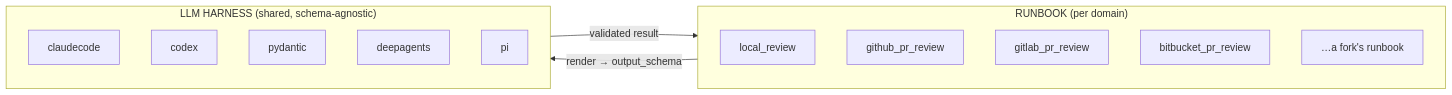
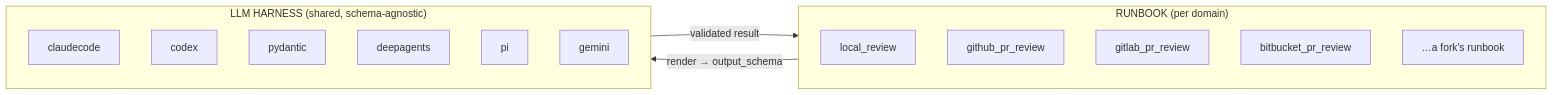
One commit to mishachepi/junior changed the first of 2 diagrams in docs-site/src/content/docs/architecture.md. Above: the diagram before and after it, drawn with Mermaid. The commit also changed other lines of this file and 14 other files, not shown here.

````diff
--- a/docs-site/src/content/docs/architecture.md
+++ b/docs-site/src/content/docs/architecture.md
@@ -17,23 +17,24 @@
 ```mermaid
 flowchart LR
     subgraph A1["RUNBOOK (per domain)"]
         direction TB
         P1["local_review"]
         P2["github_pr_review"]
         P3["gitlab_pr_review"]
         P4["bitbucket_pr_review"]
         P5["…a fork's runbook"]
     end
 
     subgraph A2["LLM HARNESS (shared, schema-agnostic)"]
         direction TB
         E1["claudecode"]
         E2["codex"]
         E3["pydantic"]
         E4["deepagents"]
         E5["pi"]
+        E6["gemini"]
     end
 
     A1 -->|"render → output_schema"| A2
     A2 -->|"validated result"| A1
 ```
````
